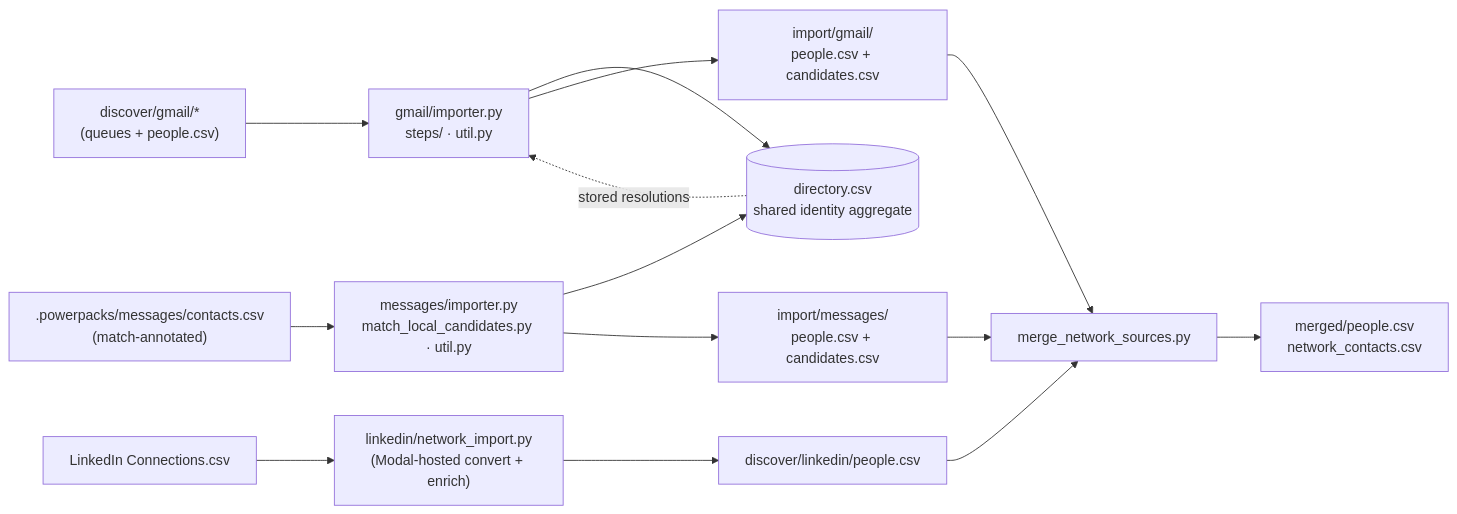
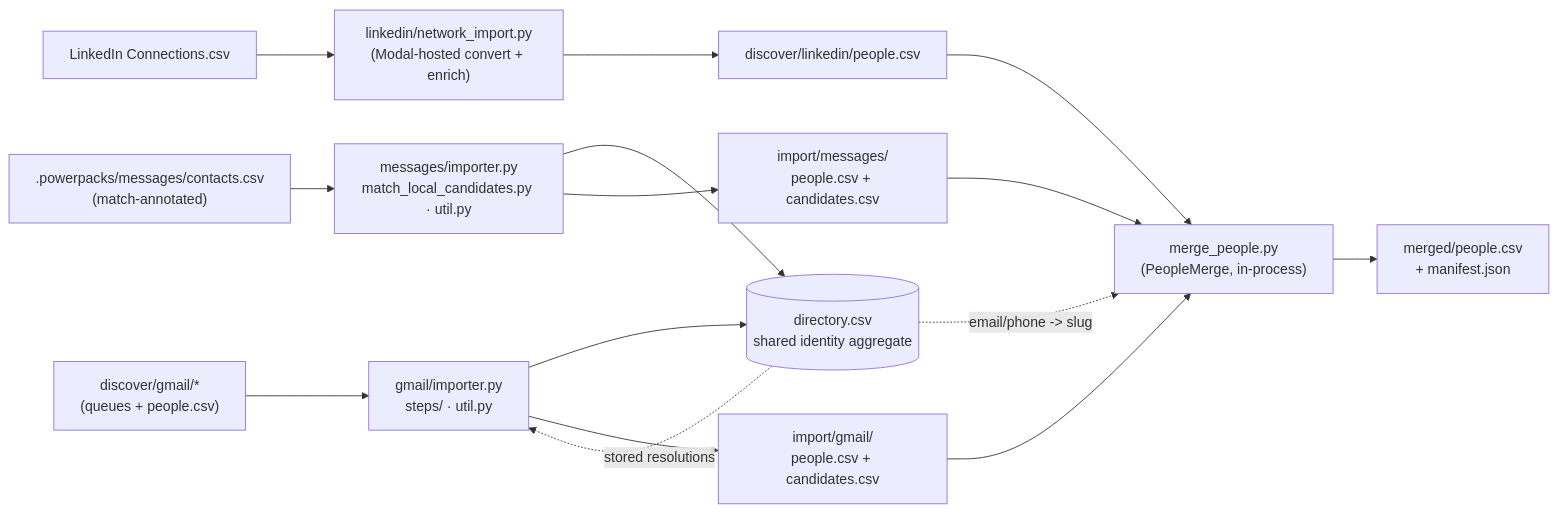
One commit to powerset-co/powerpacks changed the diagram in packs/ingestion/primitives/imports/README.md. Above: the diagram before and after it, drawn with Mermaid. The commit also changed other lines of this file and 17 other files, not shown here.

````diff
--- a/packs/ingestion/primitives/imports/README.md
+++ b/packs/ingestion/primitives/imports/README.md
@@ -35,24 +46,25 @@
 ```mermaid
 flowchart LR
   GDISC["discover/gmail/*<br/>(queues + people.csv)"]
   MDISC[".powerpacks/messages/contacts.csv<br/>(match-annotated)"]
   LCSV["LinkedIn Connections.csv"]
 
   GDISC --> GIMP["gmail/importer.py<br/>steps/ · util.py"]
   MDISC --> MIMP["messages/importer.py<br/>match_local_candidates.py · util.py"]
   LCSV --> LIMP["linkedin/network_import.py<br/>(Modal-hosted convert + enrich)"]
 
   DIR[("directory.csv<br/>shared identity aggregate")]
   GIMP --> DIR
   MIMP --> DIR
   DIR -. stored resolutions .-> GIMP
 
   GIMP --> GP["import/gmail/<br/>people.csv + candidates.csv"]
   MIMP --> MP["import/messages/<br/>people.csv + candidates.csv"]
   LIMP --> LP["discover/linkedin/people.csv"]
 
-  GP --> FANIN["merge_network_sources.py"]
+  GP --> FANIN["merge_people.py<br/>(PeopleMerge, in-process)"]
   MP --> FANIN
   LP --> FANIN
-  FANIN --> MERGED["merged/people.csv<br/>network_contacts.csv"]
+  DIR -. email/phone -> slug .-> FANIN
+  FANIN --> MERGED["merged/people.csv<br/>+ manifest.json"]
 ```
````
